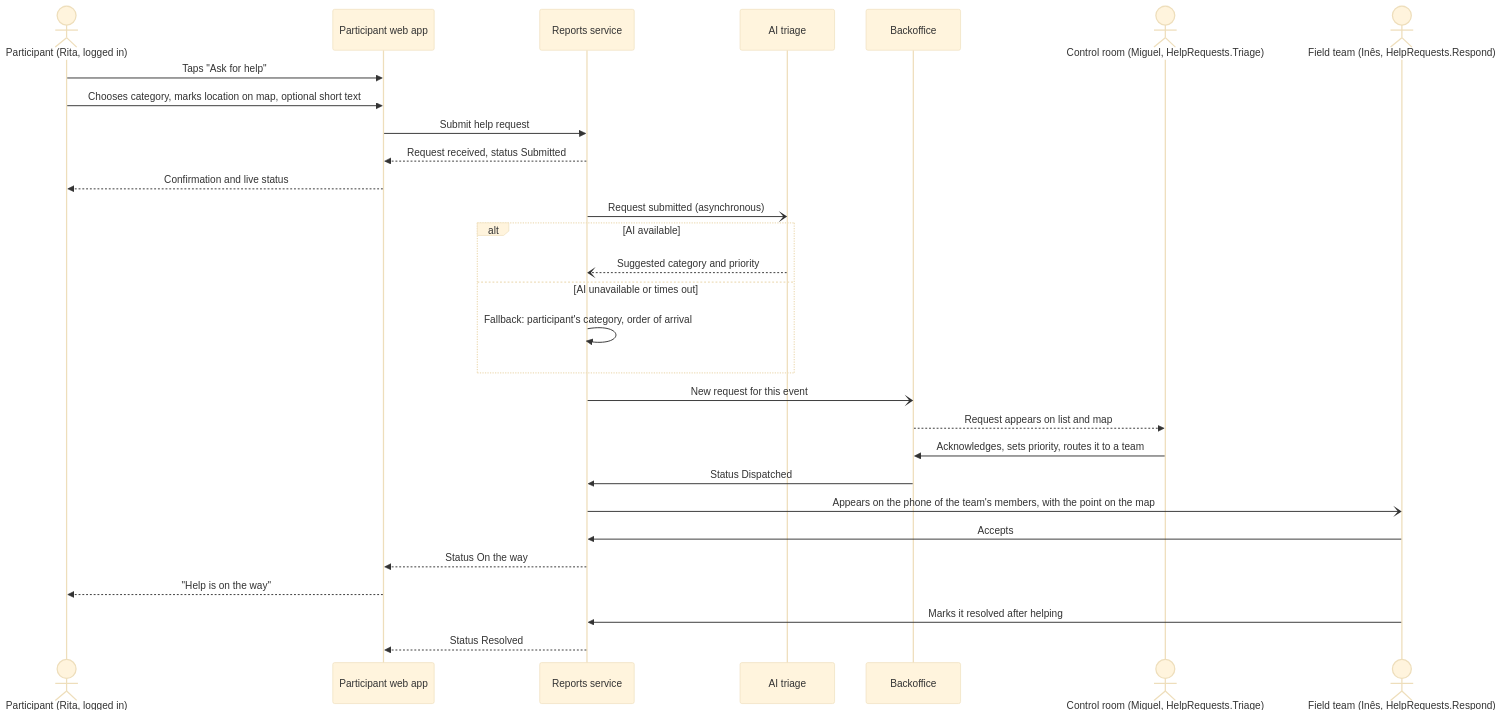
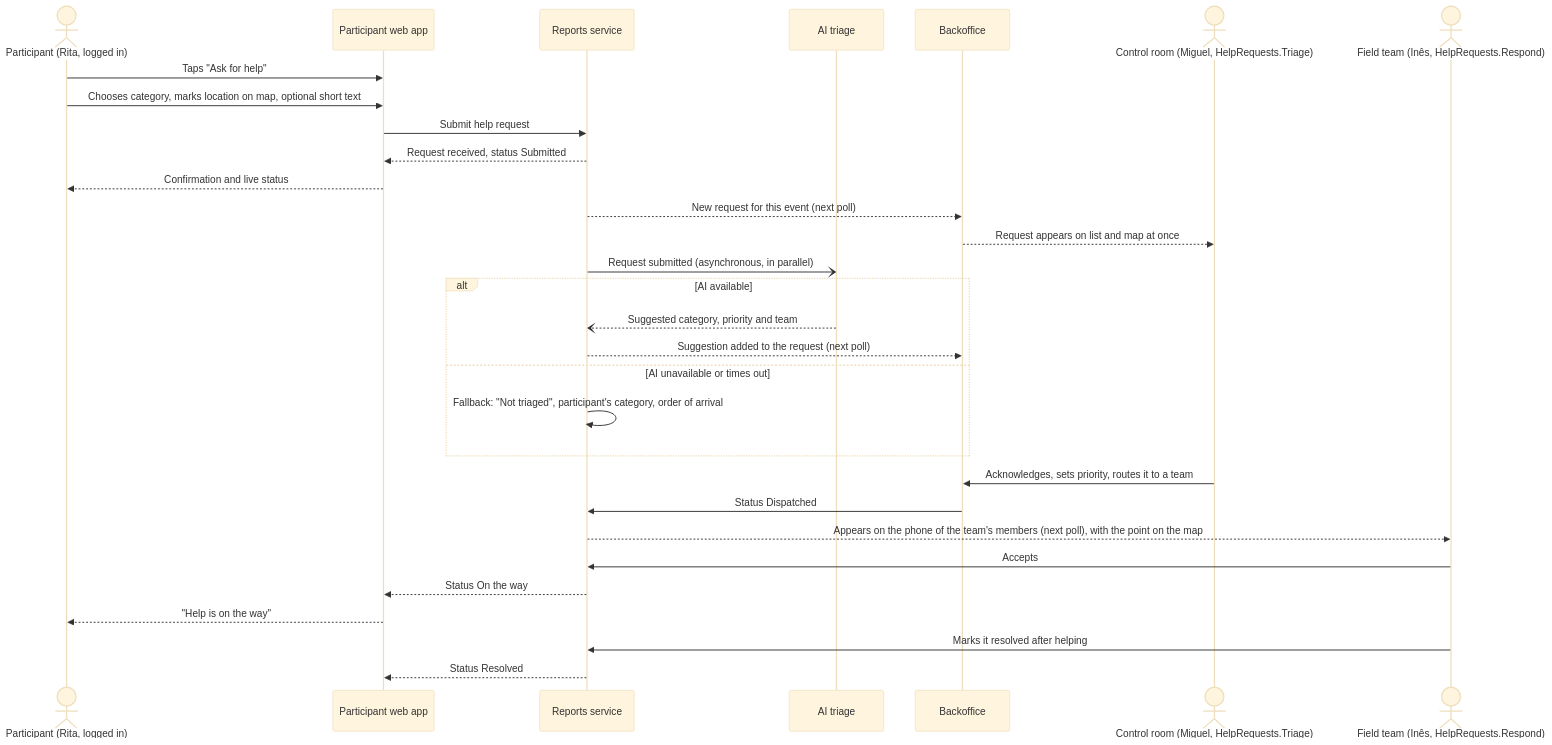
One commit to tomasoliveira21/LABDSOF changed the second of 8 diagrams in Docs/Product/user-workflows.md. Above: the diagram before and after it, drawn with Mermaid (base theme). The commit also changed other lines of this file and 5 other files, not shown here.

````diff
--- a/Docs/Product/user-workflows.md
+++ b/Docs/Product/user-workflows.md
@@ -72,32 +72,33 @@
 ```mermaid
 sequenceDiagram
     actor P as Participant (Rita, logged in)
     participant App as Participant web app
     participant Inc as Reports service
     participant AI as AI triage
     participant BO as Backoffice
     actor O as Control room (Miguel, HelpRequests.Triage)
     actor R as Field team (Inês, HelpRequests.Respond)
 
     P->>App: Taps "Ask for help"
     P->>App: Chooses category, marks location on map, optional short text
     App->>Inc: Submit help request
     Inc-->>App: Request received, status Submitted
     App-->>P: Confirmation and live status
-    Inc-)AI: Request submitted (asynchronous)
+    Inc-->>BO: New request for this event (next poll)
+    BO-->>O: Request appears on list and map at once
+    Inc-)AI: Request submitted (asynchronous, in parallel)
     alt AI available
-        AI--)Inc: Suggested category and priority
+        AI--)Inc: Suggested category, priority and team
+        Inc-->>BO: Suggestion added to the request (next poll)
     else AI unavailable or times out
-        Inc->>Inc: Fallback: participant's category, order of arrival
+        Inc->>Inc: Fallback: "Not triaged", participant's category, order of arrival
     end
-    Inc-)BO: New request for this event
-    BO-->>O: Request appears on list and map
     O->>BO: Acknowledges, sets priority, routes it to a team
     BO->>Inc: Status Dispatched
-    Inc-)R: Appears on the phone of the team's members, with the point on the map
+    Inc-->>R: Appears on the phone of the team's members (next poll), with the point on the map
     R->>Inc: Accepts
     Inc-->>App: Status On the way
     App-->>P: "Help is on the way"
     R->>Inc: Marks it resolved after helping
     Inc-->>App: Status Resolved
 ```
````
